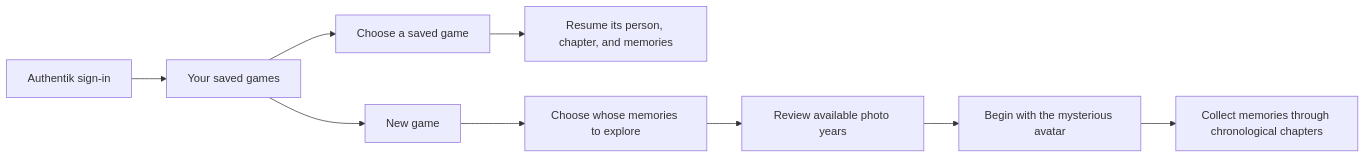
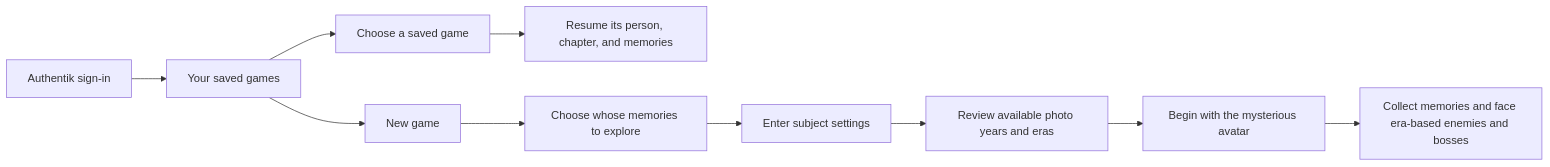
The diagram in docs/prds/001-project-brief.md (thaynes43/haynes-quest), drawn with Mermaid before and after one commit. The commit also changed other lines of this file and 10 other files, not shown here.

Commit message:
docs: define era-based enemy and boss catalog

````diff
--- a/docs/prds/001-project-brief.md
+++ b/docs/prds/001-project-brief.md
@@ -51,11 +54,12 @@
 ```mermaid
 flowchart LR
     A[Authentik sign-in] --> B[Your saved games]
     B --> C[Choose a saved game]
     C --> D[Resume its person, chapter, and memories]
     B --> E[New game]
     E --> F[Choose whose memories to explore]
-    F --> G[Review available photo years]
+    F --> J[Enter subject settings]
+    J --> G[Review available photo years and eras]
     G --> H[Begin with the mysterious avatar]
-    H --> I[Collect memories through chronological chapters]
+    H --> I[Collect memories and face era-based enemies and bosses]
 ```
````
